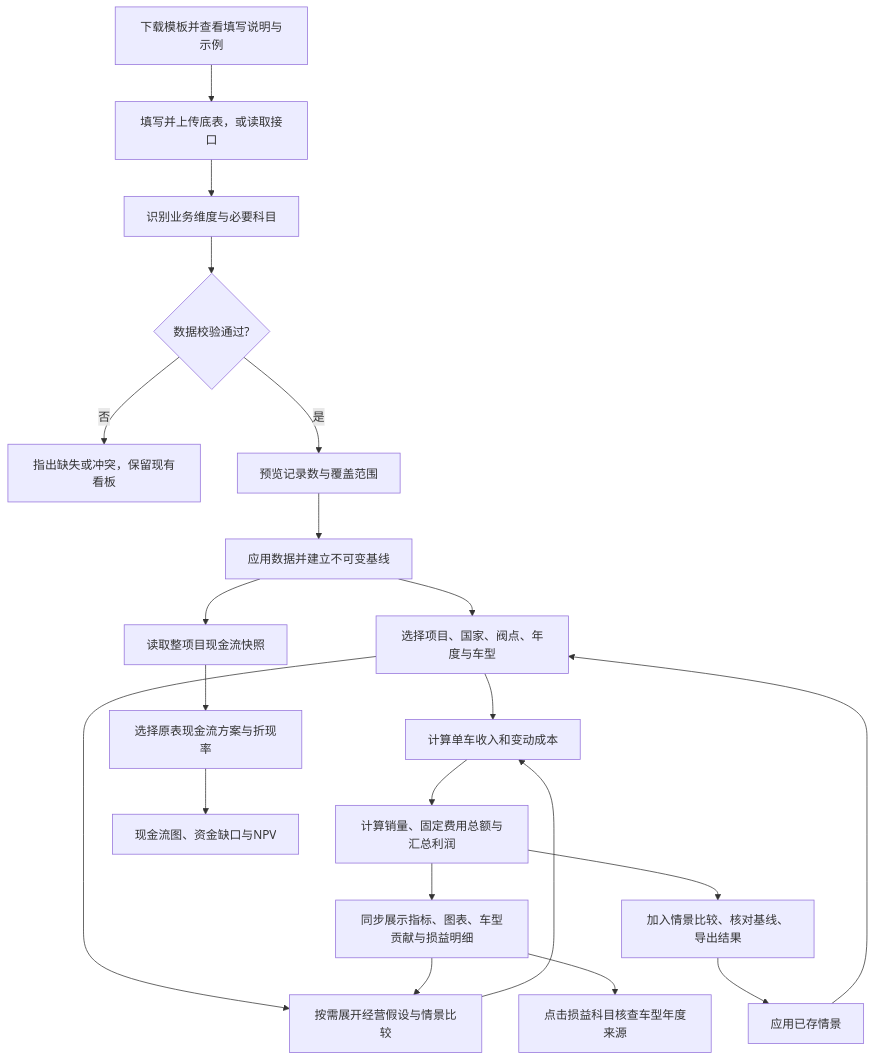
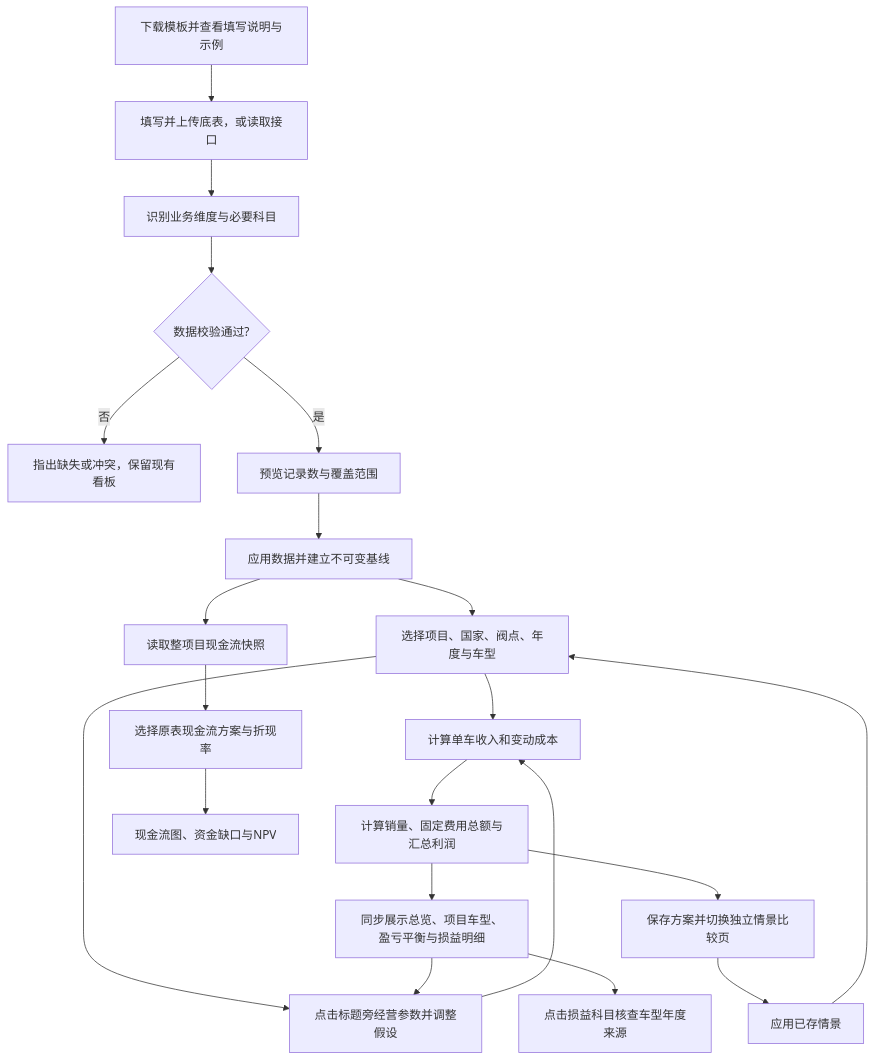
The diagram in public/checkmi/业务逻辑说明.md (yinpengtao2002-ai/yinpengtao2002-ai.github.io), drawn with Mermaid before and after one commit. The commit also changed other lines of this file and 9 other files, not shown here.

````diff
--- a/public/checkmi/业务逻辑说明.md
+++ b/public/checkmi/业务逻辑说明.md
@@ -43,23 +43,23 @@
 ```mermaid
 flowchart TD
  A0[下载模板并查看填写说明与示例] --> A[填写并上传底表，或读取接口]
  A --> B[识别业务维度与必要科目]
  B --> C{数据校验通过?}
  C -- 否 --> D[指出缺失或冲突，保留现有看板]
  C -- 是 --> E[预览记录数与覆盖范围]
  E --> F[应用数据并建立不可变基线]
  F --> G[选择项目、国家、阀点、年度与车型]
  G --> H
- G --> K[按需展开经营假设与情景比较]
+ G --> K[点击标题旁经营参数并调整假设]
  K --> H[计算单车收入和变动成本]
  H --> I[计算销量、固定费用总额与汇总利润]
- I --> J[同步展示指标、图表、车型贡献与损益明细]
+ I --> J[同步展示总览、项目车型、盈亏平衡与损益明细]
  J --> K
- I --> L[加入情景比较、核对基线、导出结果]
+ I --> L[保存方案并切换独立情景比较页]
  L --> P[应用已存情景]
  P --> G
  J --> Q[点击损益科目核查车型年度来源]
  F --> M[读取整项目现金流快照]
  M --> N[选择原表现金流方案与折现率]
  N --> O[现金流图、资金缺口与NPV]
 ```
````
